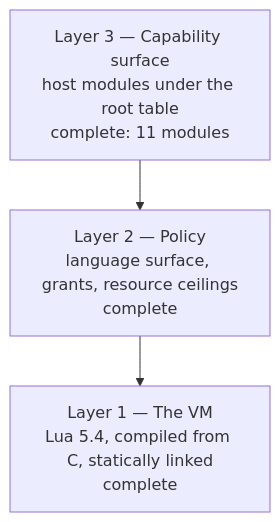
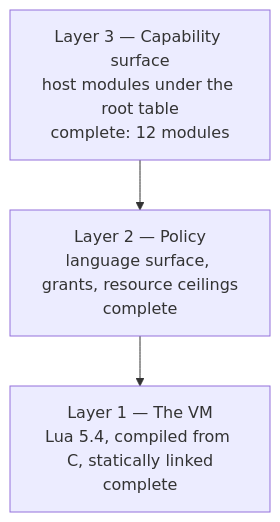
One commit to airsstack/airsl changed the diagram in crates/airsl/docs/architecture.md. Above: the diagram before and after it, drawn with Mermaid. The commit also changed other lines of this file and 28 other files, not shown here.

````diff
--- a/crates/airsl/docs/architecture.md
+++ b/crates/airsl/docs/architecture.md
@@ -19,7 +19,7 @@
 ```mermaid
 graph TD
-    L3["Layer 3 — Capability surface<br/>host modules under the root table<br/>complete: 11 modules"]
+    L3["Layer 3 — Capability surface<br/>host modules under the root table<br/>complete: 12 modules"]
     L2["Layer 2 — Policy<br/>language surface, grants, resource ceilings<br/>complete"]
     L1["Layer 1 — The VM<br/>Lua 5.4, compiled from C, statically linked<br/>complete"]
     L3 --> L2 --> L1
 ```
````
